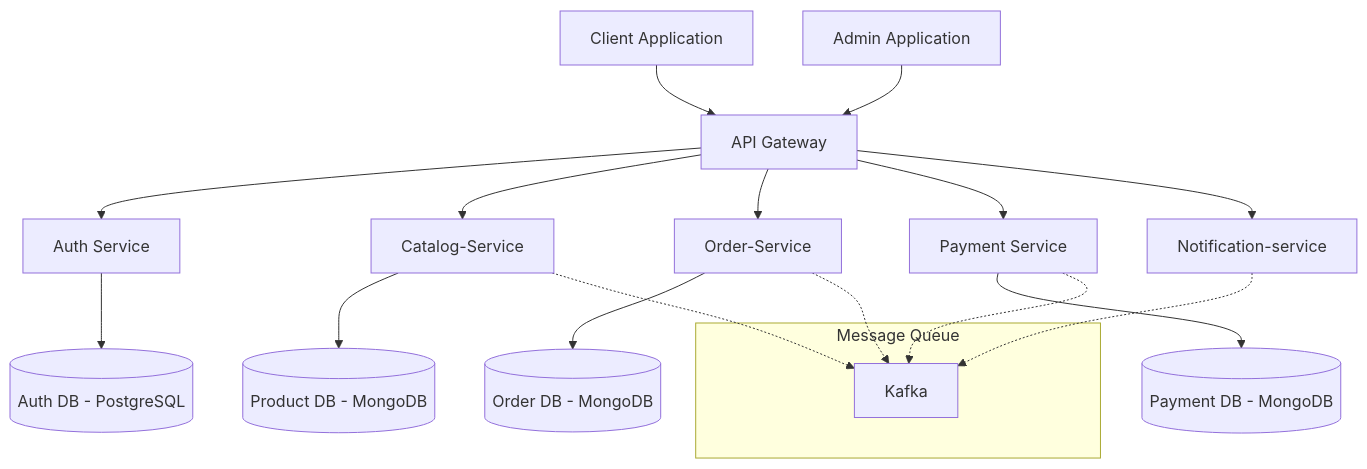
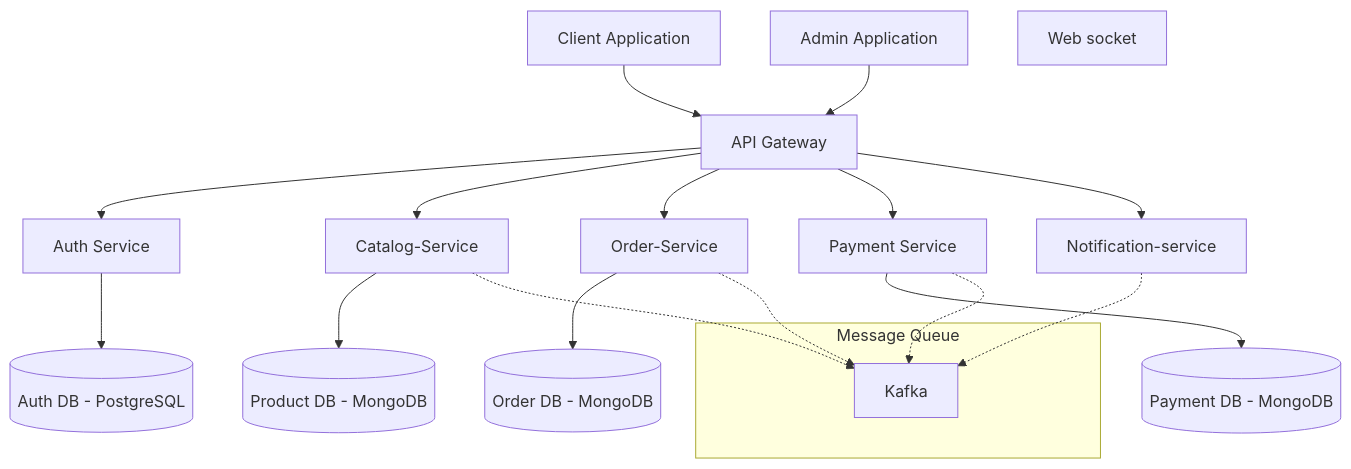
One commit to jabinv13/CrunchCab_Microservice changed the diagram in README.md. Above: the diagram before and after it, drawn with Mermaid.

````diff
--- a/README.md
+++ b/README.md
@@ -44,25 +44,25 @@
 ```mermaid
 graph TD
     Client[Client Application] --> Gateway[API Gateway]
     AdminUI[Admin Application] --> Gateway[API Gateway]
     Gateway --> Auth[Auth Service]
     Gateway --> Products[Catalog-Service]
     Gateway --> Orders[Order-Service]
     Gateway --> Payments[Payment Service]
     Gateway --> Notification[Notification-service]
-    
+    WenSocket[Web socket]
     Auth --> AuthDB[(Auth DB - PostgreSQL)]
     Products --> ProductDB[(Product DB - MongoDB)]
     Orders --> OrderDB[(Order DB - MongoDB)]
     Payments --> PaymentDB[(Payment DB - MongoDB)]
     
     subgraph Message Queue
         Kafka
     end
     
     
     Products -.-> Kafka
     Orders -.-> Kafka
     Payments -.-> Kafka
     Notification -.-> Kafka
 ```
````
